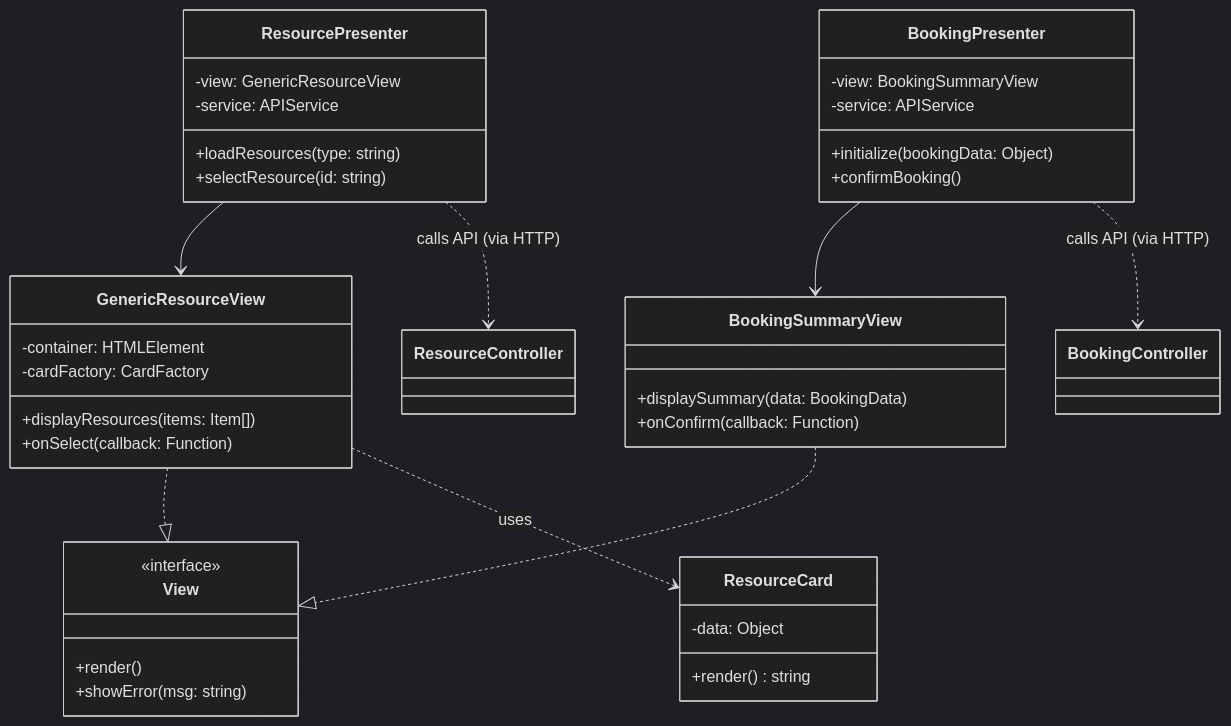
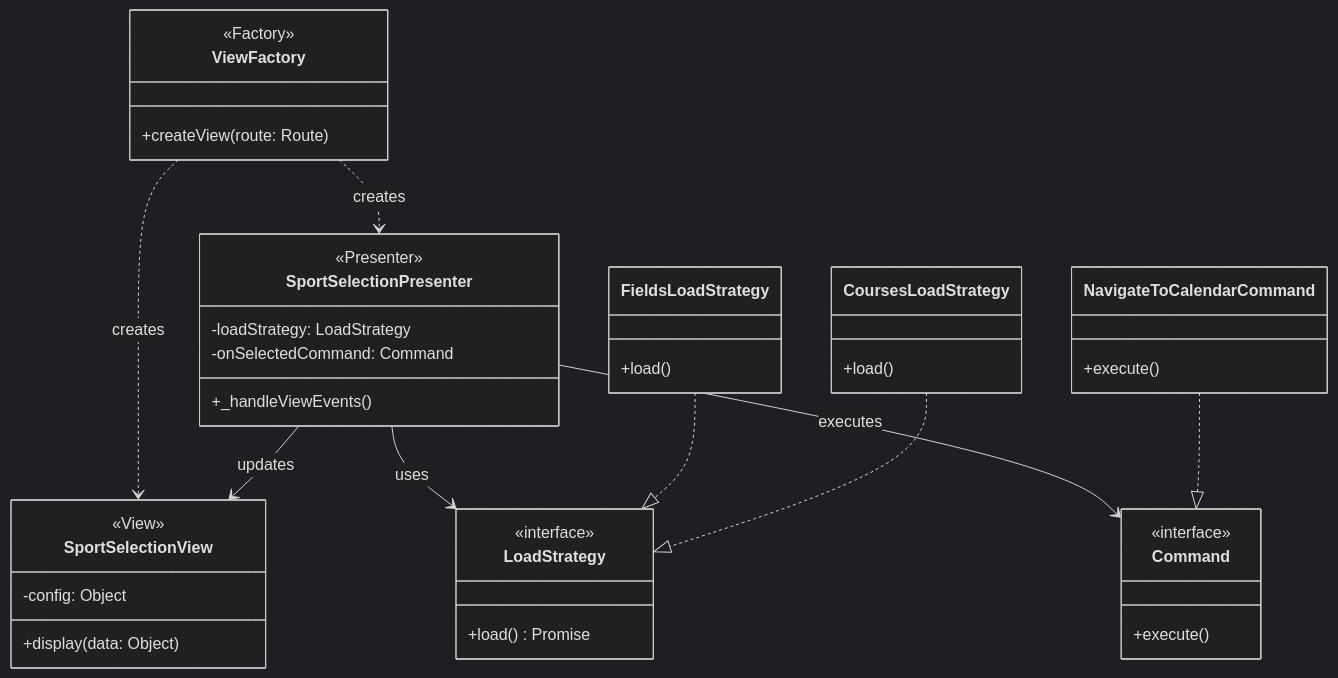
One commit to mb4dev/progetto-prova changed the fourth of 4 diagrams in documentazione/generated/classi_uc03_06.md. Above: the diagram before and after it, drawn with Mermaid (dark theme). The commit also changed other lines of this file and 7 other files, not shown here.

````diff
--- a/documentazione/generated/classi_uc03_06.md
+++ b/documentazione/generated/classi_uc03_06.md
@@ -167,54 +173,55 @@
 ```mermaid
 classDiagram
 
-class View {
-    <<interface>>
-    +render()
-    +showError(msg: string)
+class ViewFactory {
+    +createView(route: Route)
+    <<Factory>>
 }
 
-class GenericResourceView {
-    %% Vista lista parametrica per Campi e Corsi
-    -container: HTMLElement
-    -cardFactory: CardFactory
-    +displayResources(items: Item[])
-    +onSelect(callback: Function)
+class SportSelectionView {
+    -config: Object
+    +display(data: Object)
+    <<View>>
 }
 
-class BookingSummaryView {
-    %% Vista riepilogo per conferma UC04 e UC06
-    +displaySummary(data: BookingData)
-    +onConfirm(callback: Function)
+class SportSelectionPresenter {
+    -loadStrategy: LoadStrategy
+    -onSelectedCommand: Command
+    +_handleViewEvents()
+    <<Presenter>>
 }
 
-class ResourceCard {
-    %% UI Component riutilizzabile per Campo e Corso
-    -data: Object
-    +render() string
+class LoadStrategy {
+    <<interface>>
+    +load() Promise
 }
 
-class ResourcePresenter {
-    %% Logica comune per caricamento dati
-    -view: GenericResourceView
-    -service: APIService
-    +loadResources(type: string)
-    +selectResource(id: string)
+class FieldsLoadStrategy {
+    +load()
 }
 
-class BookingPresenter {
-    %% Logica comune prenotazione
-    -view: BookingSummaryView
-    -service: APIService
-    +initialize(bookingData: Object)
-    +confirmBooking()
+class CoursesLoadStrategy {
+    +load()
 }
 
-GenericResourceView ..|> View
-BookingSummaryView ..|> View
-GenericResourceView ..> ResourceCard : uses
-ResourcePresenter --> GenericResourceView
-BookingPresenter --> BookingSummaryView
+class Command {
+    <<interface>>
+    +execute()
+}
 
-ResourcePresenter ..> ResourceController : calls API (via HTTP)
-BookingPresenter ..> BookingController : calls API (via HTTP)
+class NavigateToCalendarCommand {
+    +execute()
+}
+
+ViewFactory ..> SportSelectionView : creates
+ViewFactory ..> SportSelectionPresenter : creates
+
+SportSelectionPresenter --> SportSelectionView : updates
+SportSelectionPresenter --> LoadStrategy : uses
+SportSelectionPresenter --> Command : executes
+
+FieldsLoadStrategy ..|> LoadStrategy
+CoursesLoadStrategy ..|> LoadStrategy
+
+NavigateToCalendarCommand ..|> Command
 ```
````
